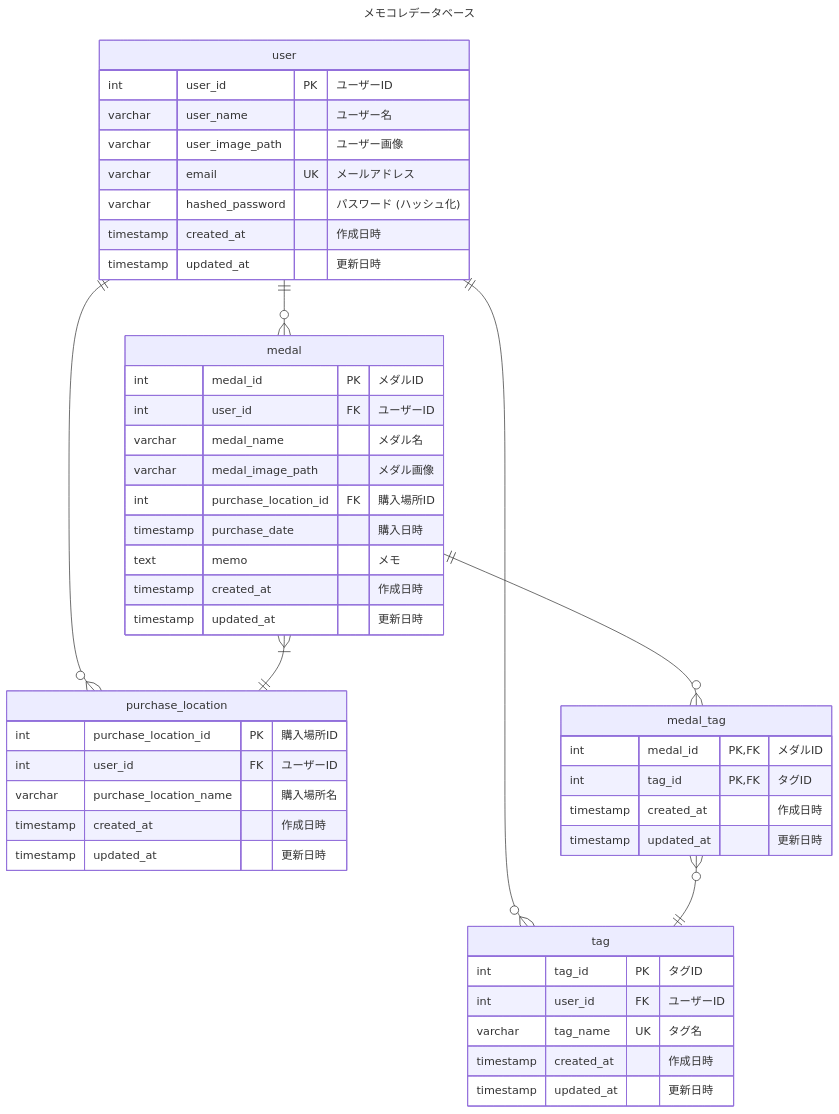
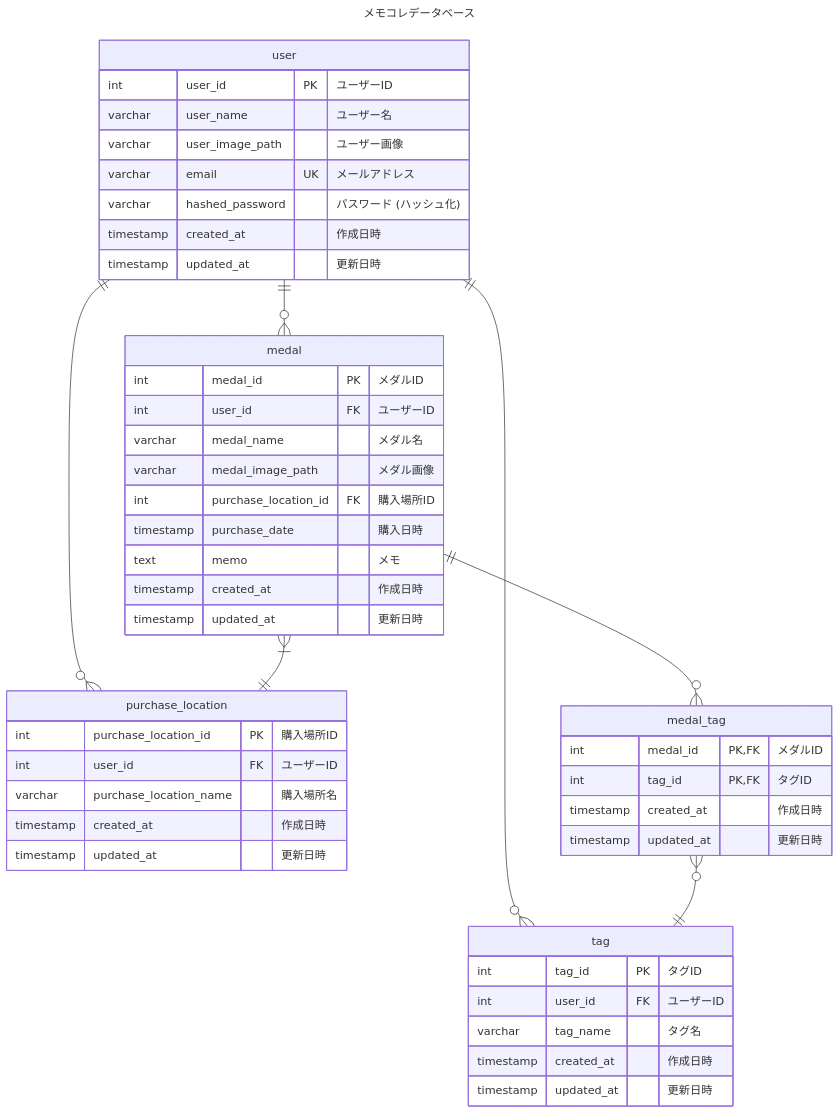
The diagram in docs/pages/ER図.md (team-tiro/medal-collection-document), drawn with Mermaid before and after one commit.

Commit message:
fix: tag_nameのUKを削除（user_idとの複合UKにする）

````diff
--- a/docs/pages/ER図.md
+++ b/docs/pages/ER図.md
@@ -3,57 +3,57 @@
 ```mermaid
 ---
 title: "メモコレデータベース"
 ---
 erDiagram
     user ||--o{ medal: ""
     user ||--o{ tag: ""
     user ||--o{ purchase_location: ""
     medal ||--o{ medal_tag: ""
     medal_tag }o--|| tag: ""
     medal }|--|| purchase_location: ""
 
   user {
     int user_id PK "ユーザーID"
     varchar user_name "ユーザー名"
     varchar user_image_path "ユーザー画像"
     varchar email UK "メールアドレス"
     varchar hashed_password "パスワード (ハッシュ化)"
     timestamp created_at "作成日時"
     timestamp updated_at "更新日時"
   }
 
   medal {
     int medal_id PK "メダルID"
     int user_id FK "ユーザーID"
     varchar medal_name "メダル名"
     varchar medal_image_path "メダル画像"
     int purchase_location_id FK "購入場所ID"
     timestamp purchase_date "購入日時"
     text memo "メモ"
     timestamp created_at "作成日時"
     timestamp updated_at "更新日時"
   }
 
   medal_tag {
     int medal_id PK,FK "メダルID"
     int tag_id PK,FK "タグID"
     timestamp created_at "作成日時"
     timestamp updated_at "更新日時"
   }
 
   tag {
     int tag_id PK "タグID"
     int user_id FK "ユーザーID"
-    varchar tag_name UK "タグ名"
+    varchar tag_name "タグ名"
     timestamp created_at "作成日時"
     timestamp updated_at "更新日時"
   }
 
   purchase_location {
     int purchase_location_id PK "購入場所ID"
     int user_id FK "ユーザーID"
     varchar purchase_location_name "購入場所名"
     timestamp created_at "作成日時"
     timestamp updated_at "更新日時"
   }
 ```
````
